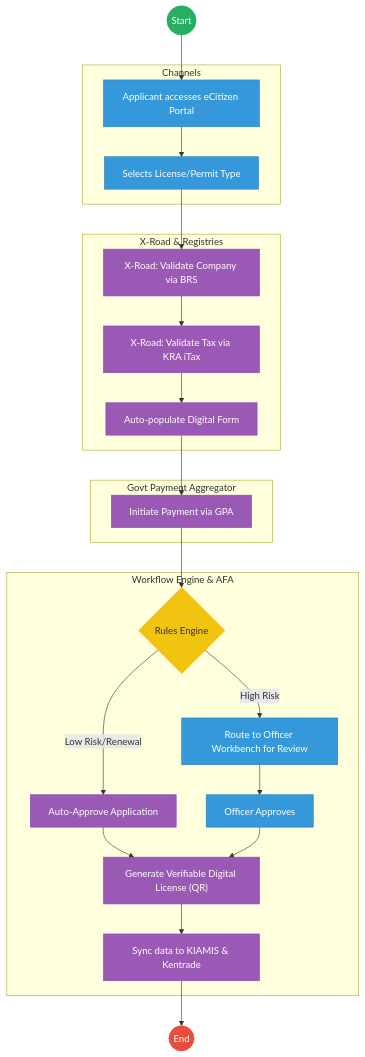
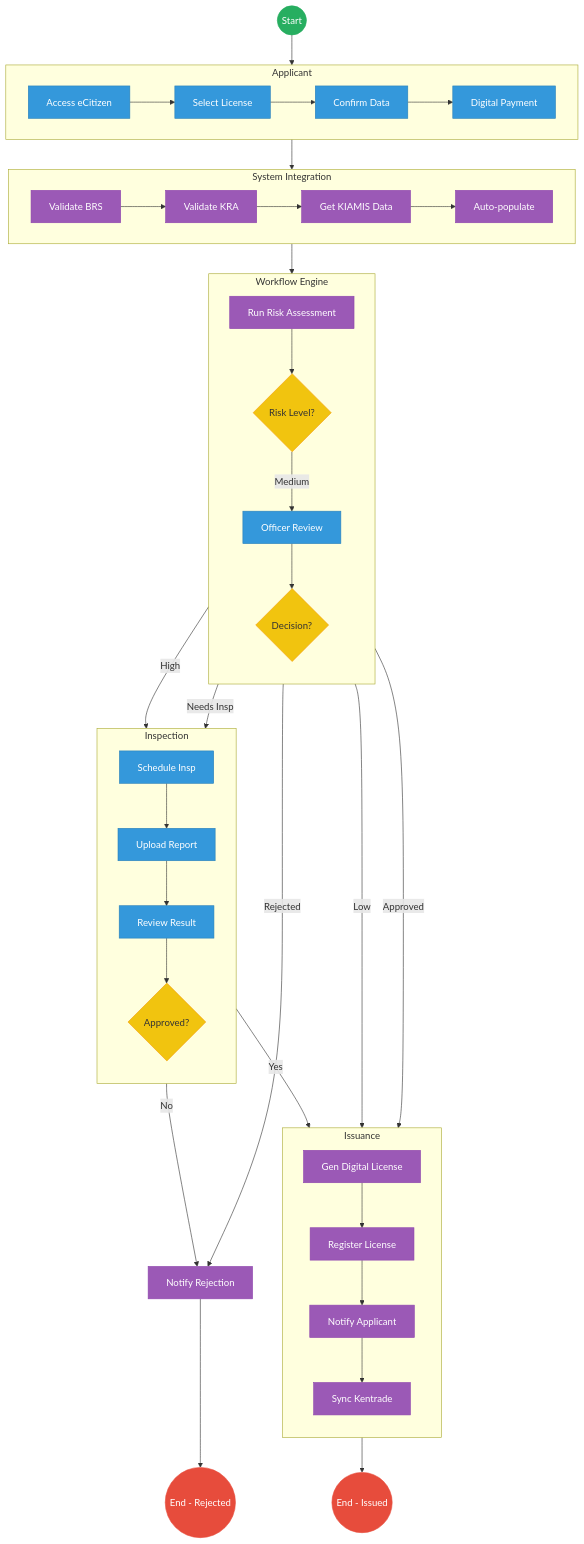
The second of 2 diagrams in mdas/docs_final/priority_mdas/Agriculture_and_Food_Authority___Service_Delivery.md (BITZ-IT-Consulting-LTD/ictapoc), drawn with Mermaid before and after one commit. The commit also changed other lines of this file and 109 other files, not shown here.

````diff
--- a/mdas/docs_final/priority_mdas/Agriculture_and_Food_Authority___Service_Delivery.md
+++ b/mdas/docs_final/priority_mdas/Agriculture_and_Food_Authority___Service_Delivery.md
@@ -110,42 +129,78 @@
 ```mermaid
-graph TD
-    Start((Start)) --> Portal["Applicant accesses eCitizen Portal"]
+flowchart TD
+    %% Events
+    Start((Start))
+    EndApprove((End - Issued))
+    EndReject((End - Rejected))
+
+    subgraph Applicant [Applicant]
+        direction LR
+        Access[Access eCitizen] --> SelectType[Select License]
+        SelectType --> ConfirmData[Confirm Data]
+        ConfirmData --> MakePayment[Digital Payment]
+    end
+
+    subgraph IntegrationLayer [System Integration]
+        direction LR
+        ValBRS[Validate BRS] --> ValKRA[Validate KRA]
+        ValKRA --> GetKIAMIS[Get KIAMIS Data]
+        GetKIAMIS --> AutoPop[Auto-populate]
+    end
+
+    subgraph WorkflowEngine [Workflow Engine]
+        direction TB
+        RunRisk[Run Risk Assessment] --> RiskGateway{Risk Level?}
+        OfficerReview[Officer Review] --> ReviewGateway{Decision?}
+    end
+
+    subgraph InspectionWorkflow [Inspection]
+        direction TB
+        ScheduleInsp[Schedule Insp] --> UploadReport[Upload Report]
+        UploadReport --> ReviewInspResult[Review Result]
+        ReviewInspResult --> InspDecisionGateway{Approved?}
+    end
+
+    subgraph LicenseIssuance [Issuance]
+        direction TB
+        GenDigitalLicense[Gen Digital License] --> RegDigitalRegistry[Register License]
+        RegDigitalRegistry --> NotifyApplicantApprove[Notify Applicant]
+        NotifyApplicantApprove --> SyncKentrade[Sync Kentrade]
+    end
+
+    %% Flow connections
+    Start --> Access
+    MakePayment --> ValBRS
+    AutoPop --> RunRisk
     
-    subgraph Access [Channels]
-        Portal --> Select["Selects License/Permit Type"]
-    end
+    RiskGateway -- "Low" --> GenDigitalLicense
+    RiskGateway -- "Medium" --> OfficerReview
+    RiskGateway -- "High" --> ScheduleInsp
     
-    subgraph Interoperability [X-Road & Registries]
-        Select --> QueryBRS["X-Road: Validate Company via BRS"]
-        QueryBRS --> QueryKRA["X-Road: Validate Tax via KRA iTax"]
-        QueryKRA --> AutoPop["Auto-populate Digital Form"]
-    end
+    %% Officer Review Path
+    ReviewGateway -- "Approved" --> GenDigitalLicense
+    ReviewGateway -- "Needs Insp" --> ScheduleInsp
+    ReviewGateway -- "Rejected" --> NotifyReject[Notify Rejection]
     
-    subgraph Payments [Govt Payment Aggregator]
-        AutoPop --> Pay["Initiate Payment via GPA"]
-    end
+    %% Inspection Path
+    InspDecisionGateway -- "Yes" --> GenDigitalLicense
+    InspDecisionGateway -- "No" --> NotifyReject
     
-    subgraph CorePlatform [Workflow Engine & AFA]
-        Pay --> Rules{"Rules Engine"}
-        Rules -- "Low Risk/Renewal" --> AutoApprove["Auto-Approve Application"]
-        Rules -- "High Risk" --> Officer["Route to Officer Workbench for Review"]
-        Officer --> Approve["Officer Approves"]
-        
-        AutoApprove --> Output["Generate Verifiable Digital License (QR)"]
-        Approve --> Output
-        Output --> Sync["Sync data to KIAMIS & Kentrade"]
-    end
+    %% License Issuance Path
+    SyncKentrade --> EndApprove
     
-    Sync --> End((End))
+    %% Rejection Path
+    NotifyReject --> EndReject
 
-    classDef start fill:#27ae60,stroke:#27ae60,color:#fff;
-    classDef endNode fill:#e74c3c,stroke:#e74c3c,color:#fff;
+    %% Styling
+    classDef startEvent fill:#27ae60,stroke:#27ae60,color:#fff;
+    classDef endEvent fill:#e74c3c,stroke:#e74c3c,color:#fff;
     classDef userTask fill:#3498db,stroke:#2980b9,color:#fff;
     classDef serviceTask fill:#9b59b6,stroke:#8e44ad,color:#fff;
     classDef gateway fill:#f1c40f,stroke:#f39c12,color:#333;
-    class Start start;
-    class End endNode;
-    class Rules gateway;
-    class Portal,Select,Officer,Approve userTask;
-    class QueryBRS,QueryKRA,AutoPop,Pay,AutoApprove,Output,Sync serviceTask;
+    
+    class Start startEvent;
+    class EndApprove,EndReject endEvent;
+    class RiskGateway,ReviewGateway,InspDecisionGateway gateway;
+    class ValBRS,ValKRA,GetKIAMIS,AutoPop,RunRisk,GenDigitalLicense,RegDigitalRegistry,NotifyApplicantApprove,SyncKentrade,NotifyReject serviceTask;
+    class Access,SelectType,ConfirmData,MakePayment,OfficerReview,ScheduleInsp,UploadReport,ReviewInspResult userTask;
 ```
````
